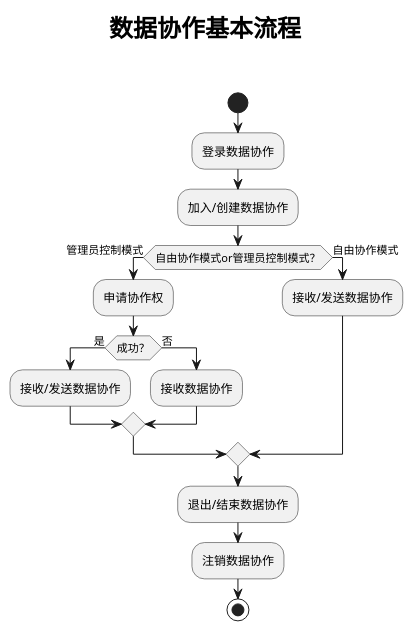
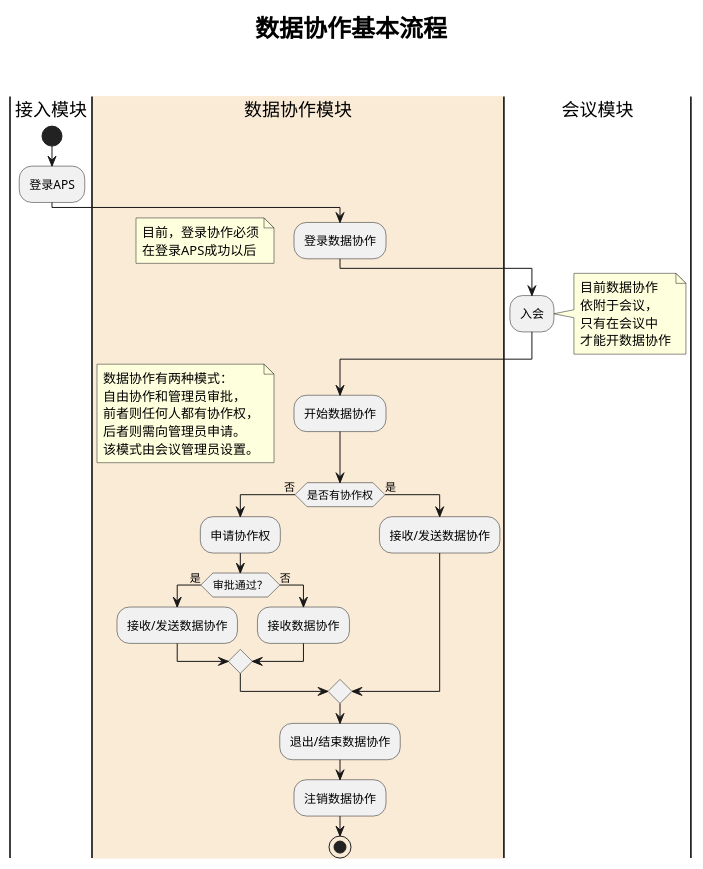
Before and after one commit to planet-2020/vconfsdk: the diagram in datacollaborate/doc/dc_activity.puml, drawn with PlantUML.

Commit message:
[optimize] 完善数据协作流程图

```diff
--- a/datacollaborate/doc/dc_activity.puml
+++ b/datacollaborate/doc/dc_activity.puml
@@ -4,31 +4,55 @@
 @startuml
 
 title <size:24><b>数据协作基本流程\n\n
 
+|接入模块|
 start
+:登录APS;
 
+|#AntiqueWhite|数据协作模块|
 :登录数据协作;
+floating note left
+目前，登录协作必须
+在登录APS成功以后
+end note
+
+|会议模块|
+:入会;
+note right
+目前数据协作
+依附于会议，
+只有在会议中
+才能开数据协作
+end note
+
+|数据协作模块|
+:开始数据协作;
+floating note left
+数据协作有两种模式：
+自由协作和管理员审批，
+前者则任何人都有协作权，
+后者则需向管理员申请。
+该模式由会议管理员设置。
+end note
 
 
-:加入/创建数据协作;
-
-if (自由协作模式or管理员控制模式？) then (管理员控制模式)
+if (是否有协作权) then (否)
 
     :申请协作权;
 
-    if (成功？) then (是)
+    if (审批通过？) then (是)
         :接收/发送数据协作;
     else (否)
         :接收数据协作;
     endif
 
-else (自由协作模式)
+else (是)
     :接收/发送数据协作;
 endif
 
     :退出/结束数据协作;
 
     :注销数据协作;
     stop
 
 @enduml
```
